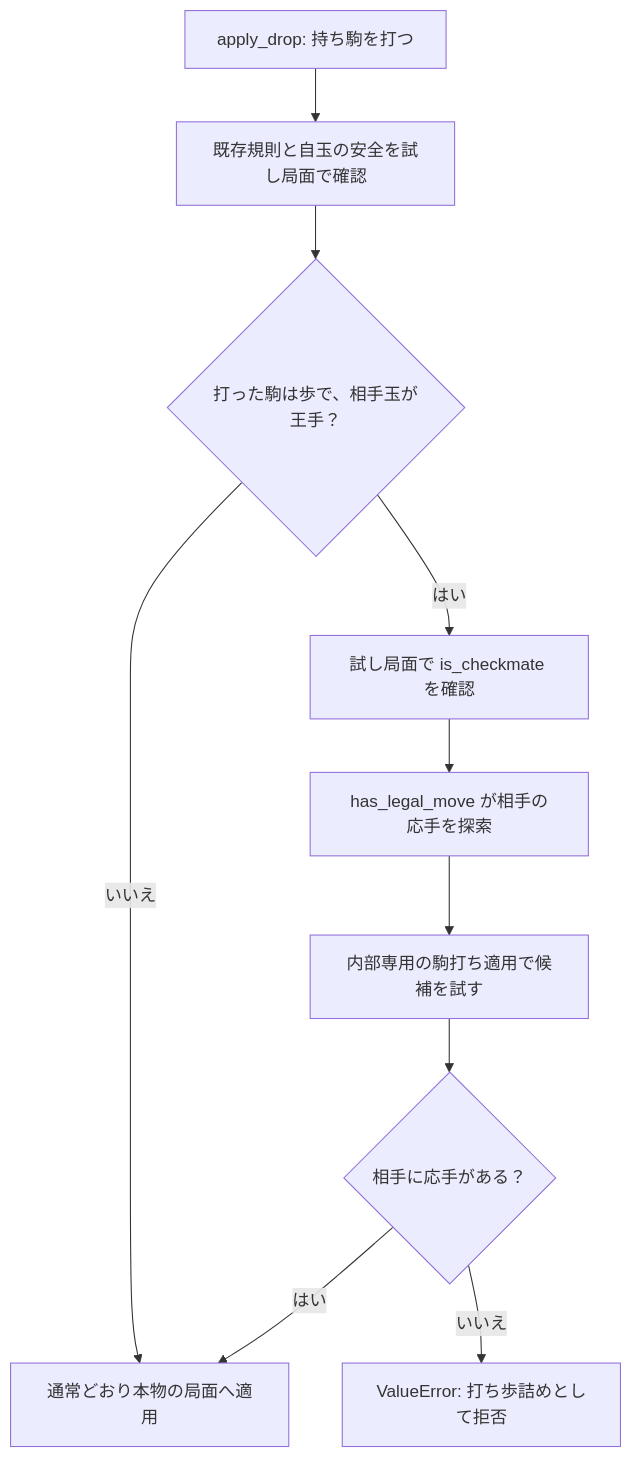
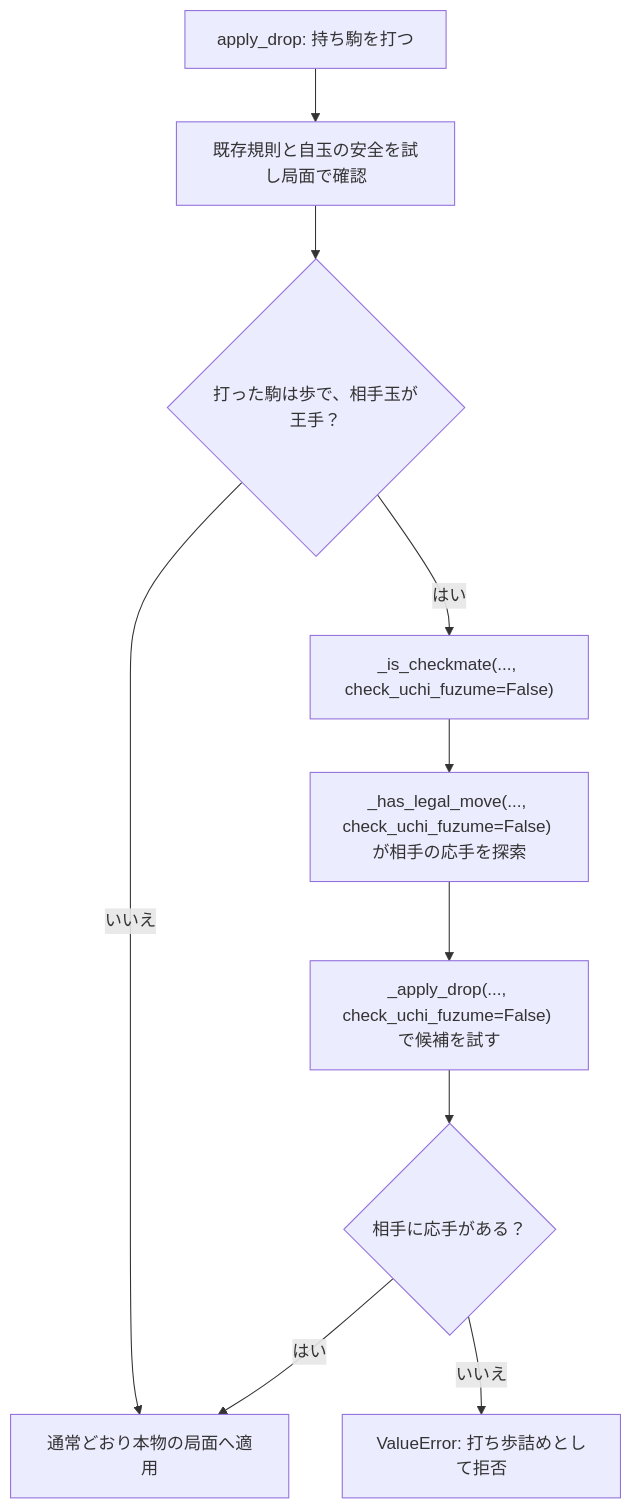
One commit to oki2a24/kaname-shogi changed the diagram in docs/plans/2026-09-23-uchi-fuzume-design.md. Above: the diagram before and after it, drawn with Mermaid. The commit also changed 1 other file, not shown here.

Commit message:
docs: 打ち歩詰めのテスト計画を補強する

````diff
--- a/docs/plans/2026-09-23-uchi-fuzume-design.md
+++ b/docs/plans/2026-09-23-uchi-fuzume-design.md
@@ -38,12 +38,12 @@
 ```mermaid
 flowchart TD
     A["apply_drop: 持ち駒を打つ"] --> B["既存規則と自玉の安全を試し局面で確認"]
     B --> C{"打った駒は歩で、相手玉が王手？"}
     C -- "いいえ" --> D["通常どおり本物の局面へ適用"]
-    C -- "はい" --> E["試し局面で is_checkmate を確認"]
-    E --> F["has_legal_move が相手の応手を探索"]
-    F --> G["内部専用の駒打ち適用で候補を試す"]
+    C -- "はい" --> E["_is_checkmate(..., check_uchi_fuzume=False)"]
+    E --> F["_has_legal_move(..., check_uchi_fuzume=False) が相手の応手を探索"]
+    F --> G["_apply_drop(..., check_uchi_fuzume=False) で候補を試す"]
     G --> H{"相手に応手がある？"}
     H -- "はい" --> D
     H -- "いいえ" --> I["ValueError: 打ち歩詰めとして拒否"]
 ```
````
